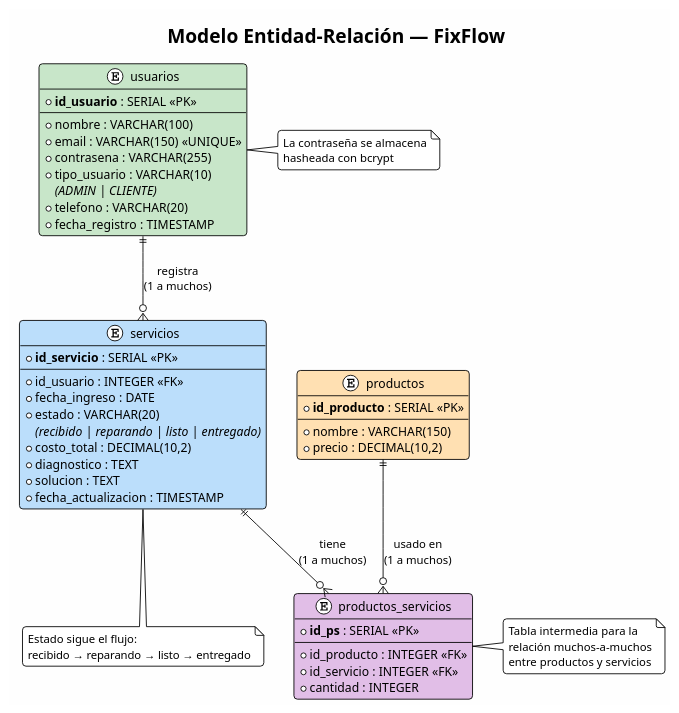
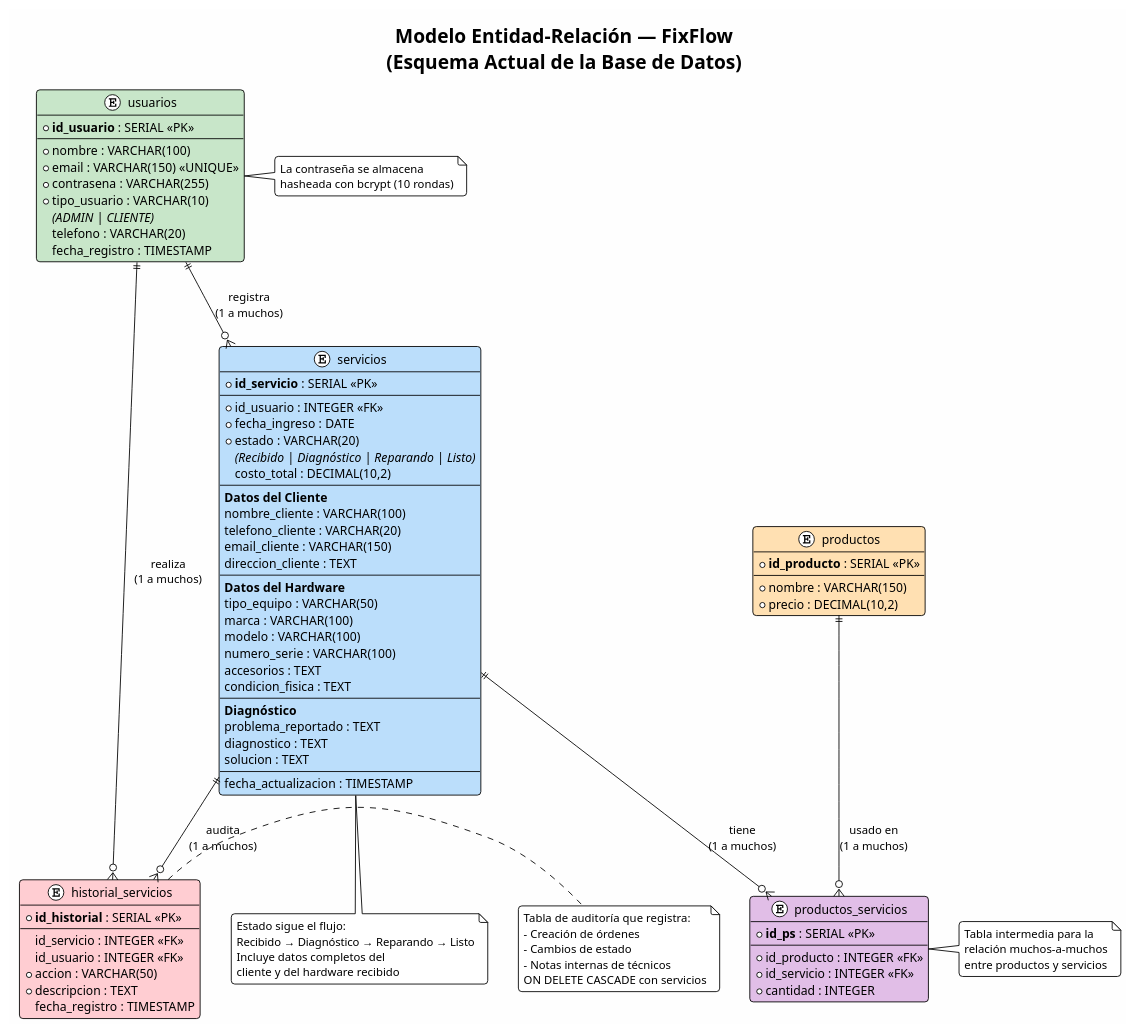
Before and after one commit to nicolasgarcia2004/FixFlow: the diagram in docs/diagramas/modelo_er.puml, drawn with PlantUML.

Commit message:
docs: Actualizar diagrama ER con esquema real (5 tablas, historial, campos cliente/hardware)

```diff
--- a/docs/diagramas/modelo_er.puml
+++ b/docs/diagramas/modelo_er.puml
@@ -1,75 +1,115 @@
 @startuml modelo_er_fixflow
 !theme plain
 skinparam backgroundColor #FEFEFE
 skinparam defaultFontName Raleway
 skinparam shadowing false
 skinparam roundCorner 8
 
-title Modelo Entidad-Relación — FixFlow
+title Modelo Entidad-Relación — FixFlow\n(Esquema Actual de la Base de Datos)
 
 ' ===== ENTIDADES =====
 
 entity "usuarios" as usuarios #C8E6C9 {
     * **id_usuario** : SERIAL <<PK>>
     --
     * nombre : VARCHAR(100)
     * email : VARCHAR(150) <<UNIQUE>>
     * contrasena : VARCHAR(255)
     * tipo_usuario : VARCHAR(10)
       //(ADMIN | CLIENTE)//
-    * telefono : VARCHAR(20)
-    * fecha_registro : TIMESTAMP
+      telefono : VARCHAR(20)
+      fecha_registro : TIMESTAMP
 }
 
 entity "servicios" as servicios #BBDEFB {
     * **id_servicio** : SERIAL <<PK>>
     --
     * id_usuario : INTEGER <<FK>>
     * fecha_ingreso : DATE
     * estado : VARCHAR(20)
-      //(recibido | reparando | listo | entregado)//
-    * costo_total : DECIMAL(10,2)
-    * diagnostico : TEXT
-    * solucion : TEXT
-    * fecha_actualizacion : TIMESTAMP
+      //(Recibido | Diagnóstico | Reparando | Listo)//
+      costo_total : DECIMAL(10,2)
+    --
+    **Datos del Cliente**
+      nombre_cliente : VARCHAR(100)
+      telefono_cliente : VARCHAR(20)
+      email_cliente : VARCHAR(150)
+      direccion_cliente : TEXT
+    --
+    **Datos del Hardware**
+      tipo_equipo : VARCHAR(50)
+      marca : VARCHAR(100)
+      modelo : VARCHAR(100)
+      numero_serie : VARCHAR(100)
+      accesorios : TEXT
+      condicion_fisica : TEXT
+    --
+    **Diagnóstico**
+      problema_reportado : TEXT
+      diagnostico : TEXT
+      solucion : TEXT
+    --
+      fecha_actualizacion : TIMESTAMP
 }
 
 entity "productos" as productos #FFE0B2 {
     * **id_producto** : SERIAL <<PK>>
     --
     * nombre : VARCHAR(150)
     * precio : DECIMAL(10,2)
 }
 
 entity "productos_servicios" as ps #E1BEE7 {
     * **id_ps** : SERIAL <<PK>>
     --
     * id_producto : INTEGER <<FK>>
     * id_servicio : INTEGER <<FK>>
     * cantidad : INTEGER
 }
 
+entity "historial_servicios" as historial #FFCDD2 {
+    * **id_historial** : SERIAL <<PK>>
+    --
+      id_servicio : INTEGER <<FK>>
+      id_usuario : INTEGER <<FK>>
+    * accion : VARCHAR(50)
+    * descripcion : TEXT
+      fecha_registro : TIMESTAMP
+}
+
 ' ===== RELACIONES =====
 
 usuarios ||--o{ servicios : "registra\n(1 a muchos)"
 servicios ||--o{ ps : "tiene\n(1 a muchos)"
 productos ||--o{ ps : "usado en\n(1 a muchos)"
+servicios ||--o{ historial : "audita\n(1 a muchos)"
+usuarios ||--o{ historial : "realiza\n(1 a muchos)"
 
 ' ===== NOTAS =====
 note right of usuarios
   La contraseña se almacena
-  hasheada con bcrypt
+  hasheada con bcrypt (10 rondas)
 end note
 
 note bottom of servicios
   Estado sigue el flujo:
-  recibido → reparando → listo → entregado
+  Recibido → Diagnóstico → Reparando → Listo
+  Incluye datos completos del
+  cliente y del hardware recibido
 end note
 
 note right of ps
   Tabla intermedia para la
   relación muchos-a-muchos
   entre productos y servicios
 end note
 
+note right of historial
+  Tabla de auditoría que registra:
+  - Creación de órdenes
+  - Cambios de estado
+  - Notas internas de técnicos
+  ON DELETE CASCADE con servicios
+end note
+
 @enduml
```
